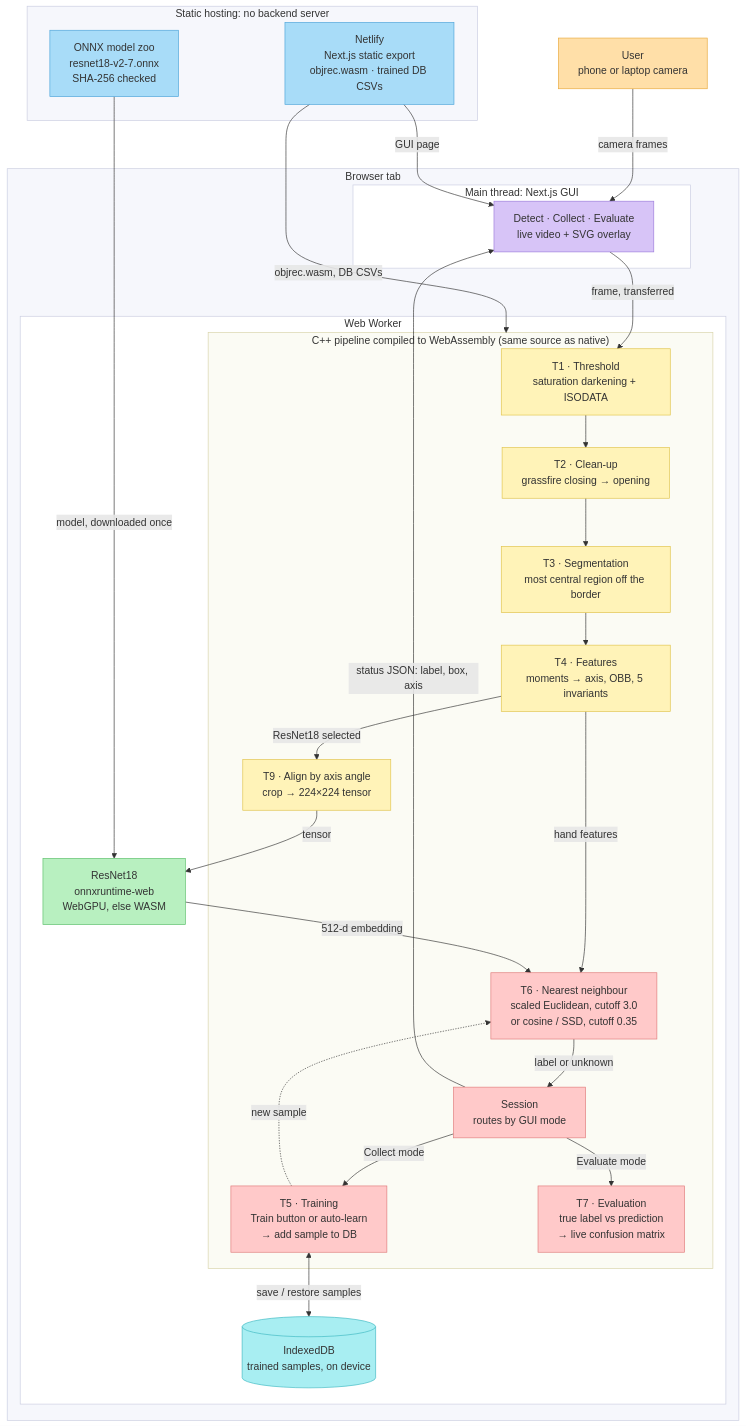
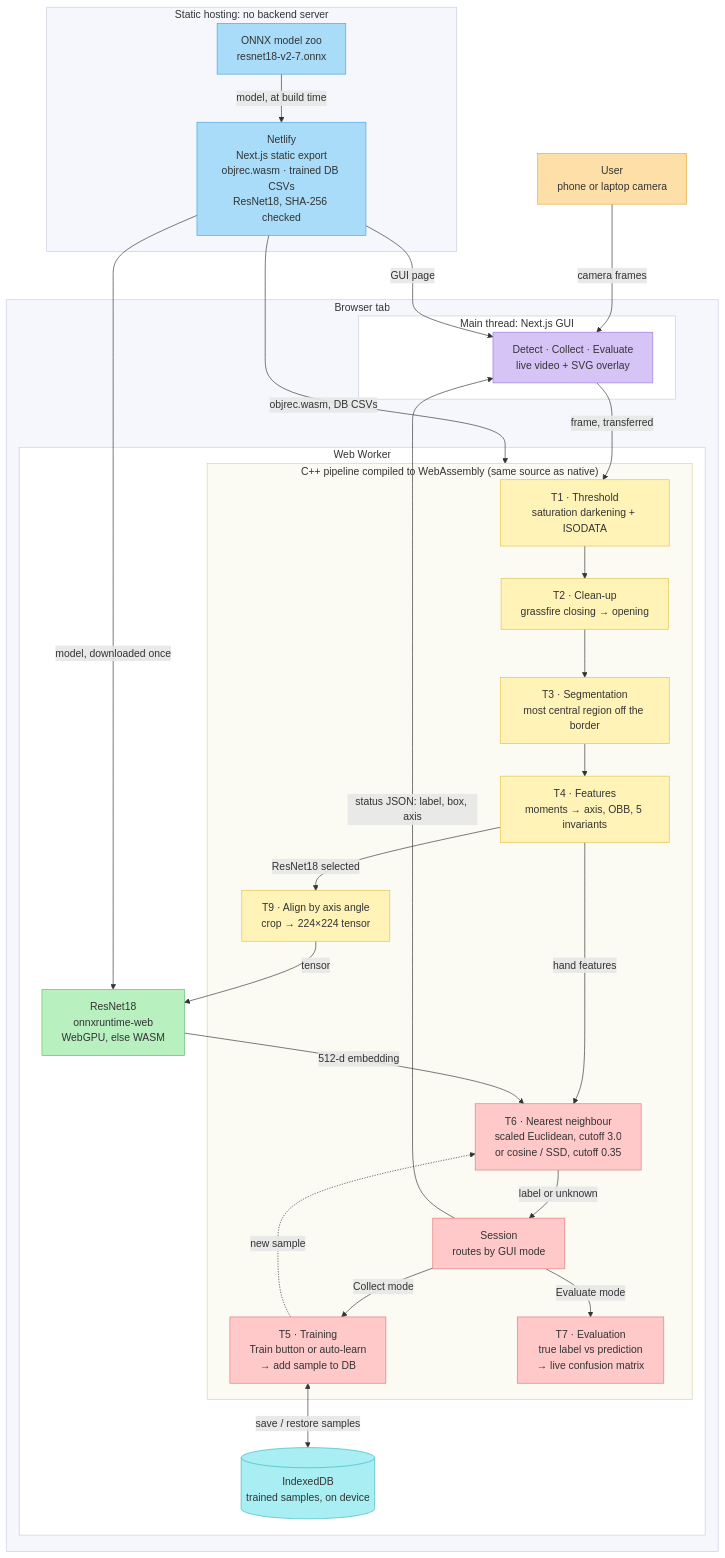
Before and after one commit to supriya-kotturu/real-time-2d-object-recognition: the diagram in docs/report/figures/architecture.mmd, drawn with Mermaid. The commit also changed 8 other files, not shown here.

First line of the commit message:
fix(web): :bug: serve ResNet18 from the site so blocked networks still get embeddings

```diff
--- a/docs/report/figures/architecture.mmd
+++ b/docs/report/figures/architecture.mmd
@@ -1,58 +1,59 @@
 flowchart TB
     user["User<br/>phone or laptop camera"]:::client
 
     subgraph host["Static hosting: no backend server"]
-        netlify["Netlify<br/>Next.js static export<br/>objrec.wasm · trained DB CSVs"]:::hosting
-        zoo["ONNX model zoo<br/>resnet18-v2-7.onnx<br/>SHA-256 checked"]:::hosting
+        zoo["ONNX model zoo<br/>resnet18-v2-7.onnx"]:::hosting
+        netlify["Netlify<br/>Next.js static export<br/>objrec.wasm · trained DB CSVs<br/>ResNet18, SHA-256 checked"]:::hosting
     end
 
     subgraph browser["Browser tab"]
         subgraph mainthread["Main thread: Next.js GUI"]
             gui["Detect · Collect · Evaluate<br/>live video + SVG overlay"]:::gui
         end
         subgraph worker["Web Worker"]
             subgraph wasm["C++ pipeline compiled to WebAssembly (same source as native)"]
                 t1["T1 · Threshold<br/>saturation darkening + ISODATA"]:::stage
                 t2["T2 · Clean-up<br/>grassfire closing → opening"]:::stage
                 t3["T3 · Segmentation<br/>most central region off the border"]:::stage
                 t4["T4 · Features<br/>moments → axis, OBB, 5 invariants"]:::stage
                 roi["T9 · Align by axis angle<br/>crop → 224×224 tensor"]:::stage
                 nn["T6 · Nearest neighbour<br/>scaled Euclidean, cutoff 3.0<br/>or cosine / SSD, cutoff 0.35"]:::classify
                 ses["Session<br/>routes by GUI mode"]:::classify
                 t5["T5 · Training<br/>Train button or auto-learn<br/>→ add sample to DB"]:::classify
                 t7["T7 · Evaluation<br/>true label vs prediction<br/>→ live confusion matrix"]:::classify
             end
             ort["ResNet18<br/>onnxruntime-web<br/>WebGPU, else WASM"]:::ml
             idb[("IndexedDB<br/>trained samples, on device")]:::store
         end
     end
 
     user -->|camera frames| gui
     netlify -->|GUI page| gui
     netlify -->|objrec.wasm, DB CSVs| wasm
-    zoo -->|model, downloaded once| ort
+    zoo -->|model, at build time| netlify
+    netlify -->|model, downloaded once| ort
     gui -->|frame, transferred| t1
     t1 --> t2 --> t3 --> t4
     t4 -->|ResNet18 selected| roi
     t4 -->|hand features| nn
     roi -->|tensor| ort
     ort -->|512-d embedding| nn
     nn -->|label or unknown| ses
     ses -->|status JSON: label, box, axis| gui
     ses -->|Collect mode| t5
     ses -->|Evaluate mode| t7
     t5 -.->|new sample| nn
     t5 <-->|save / restore samples| idb
 
     classDef client fill:#FFDFA8,stroke:#E8A93C,color:#333
     classDef hosting fill:#A8DCF8,stroke:#4BA3D9,color:#333
     classDef gui fill:#D7C4F7,stroke:#9B7BDB,color:#333
     classDef stage fill:#FFF3B8,stroke:#E0C34A,color:#333
     classDef classify fill:#FFC9C9,stroke:#E07A7A,color:#333
     classDef ml fill:#B8F0C0,stroke:#5CBF6B,color:#333
     classDef store fill:#A8EEF2,stroke:#3FB8C2,color:#333
     style host fill:#F6F7FC,stroke:#C9CCE0
     style browser fill:#F6F7FC,stroke:#C9CCE0
     style mainthread fill:#FFFFFF,stroke:#C9CCE0
     style worker fill:#FFFFFF,stroke:#C9CCE0
     style wasm fill:#FBFBF4,stroke:#D8D3A8
```
